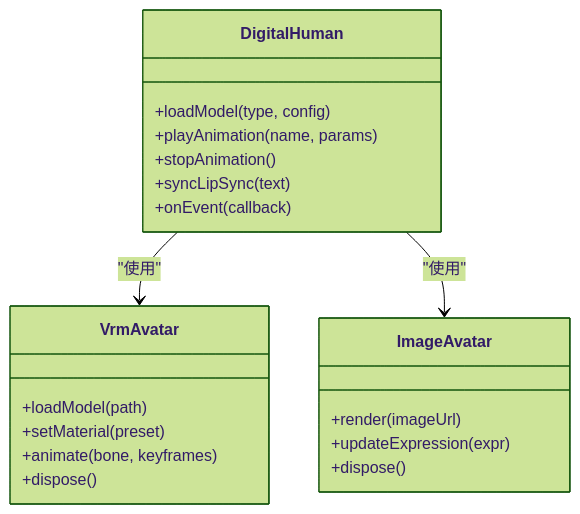
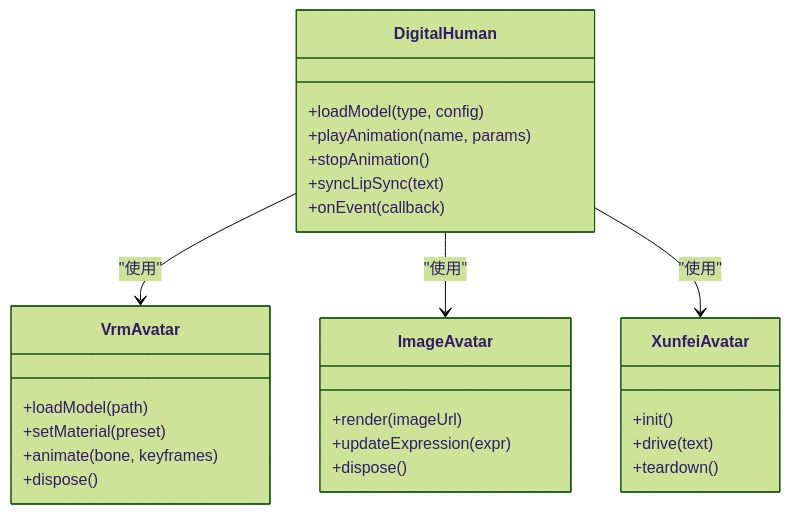
Before and after one commit to vstralcn/AI-SmartTour: the fourth of 7 diagrams in .qoder/repowiki/zh/content/前端应用架构/前端应用架构.md, drawn with Mermaid (forest theme). The commit also changed other lines of this file and 11 other files, not shown here.

````diff
--- a/.qoder/repowiki/zh/content/前端应用架构/前端应用架构.md
+++ b/.qoder/repowiki/zh/content/前端应用架构/前端应用架构.md
@@ -305,23 +312,29 @@
 ```mermaid
 classDiagram
 class DigitalHuman {
 +loadModel(type, config)
 +playAnimation(name, params)
 +stopAnimation()
 +syncLipSync(text)
 +onEvent(callback)
 }
 class VrmAvatar {
 +loadModel(path)
 +setMaterial(preset)
 +animate(bone, keyframes)
 +dispose()
 }
 class ImageAvatar {
 +render(imageUrl)
 +updateExpression(expr)
 +dispose()
 }
+class XunfeiAvatar {
++init()
++drive(text)
++teardown()
+}
 DigitalHuman --> VrmAvatar : "使用"
 DigitalHuman --> ImageAvatar : "使用"
+DigitalHuman --> XunfeiAvatar : "使用"
 ```
````
